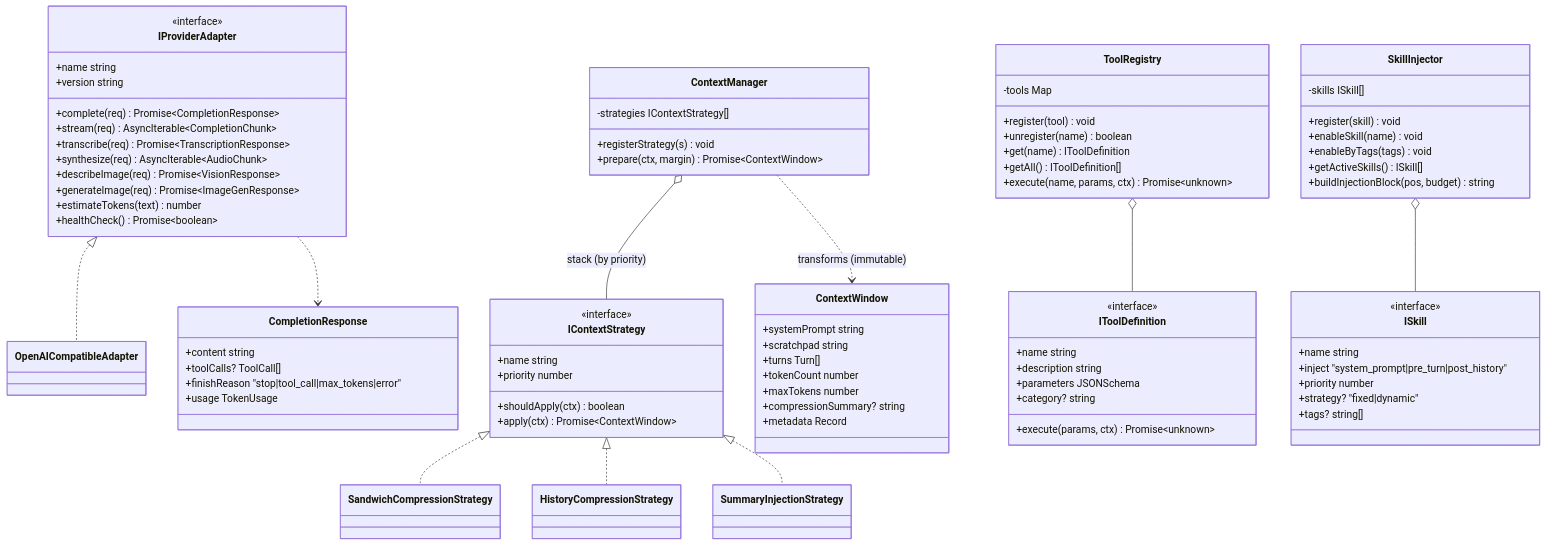
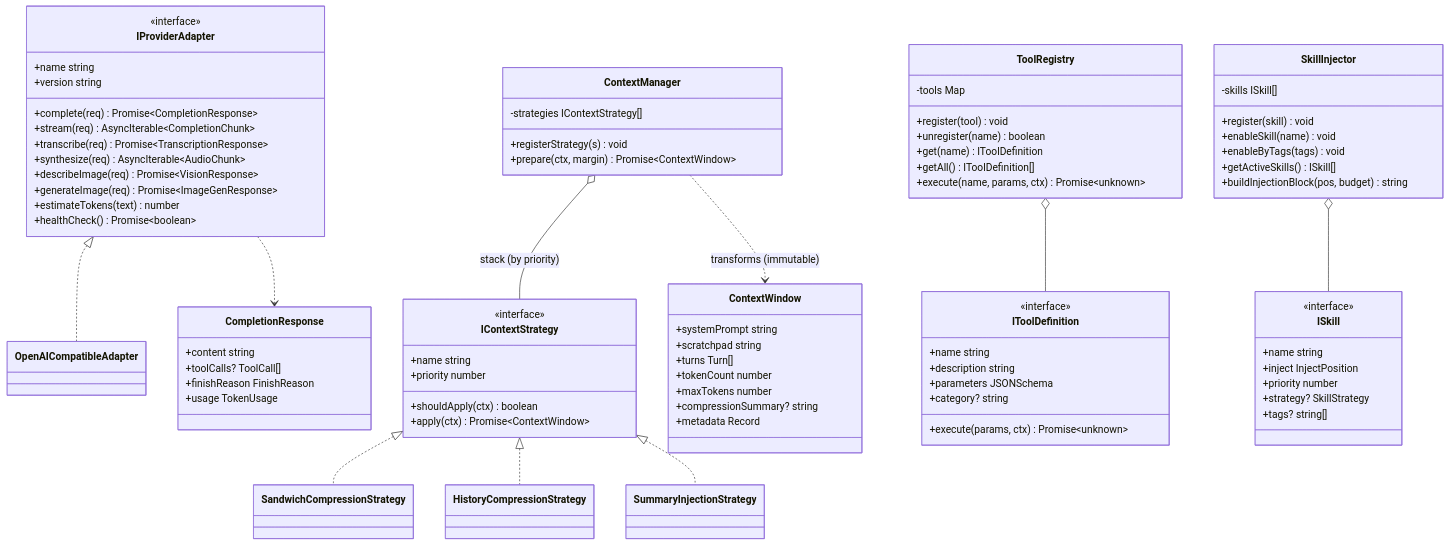
One commit to rzafiamy/lemura changed the second of 3 diagrams in docs/guides/class-diagram.md. Above: the diagram before and after it, drawn with Mermaid. The commit also changed other lines of this file and 1 other file, not shown here.

Commit message:
refactor(docs): update class and use case diagrams for improved clarity and consistency

```diff
--- a/docs/guides/class-diagram.md
+++ b/docs/guides/class-diagram.md
@@ -106,7 +106,7 @@
     class CompletionResponse {
         +content string
         +toolCalls? ToolCall[]
-        +finishReason "stop|tool_call|max_tokens|error"
+        +finishReason FinishReason
         +usage TokenUsage
     }
     IProviderAdapter ..> CompletionResponse
@@ -168,9 +168,9 @@
     class ISkill {
         <<interface>>
         +name string
-        +inject "system_prompt|pre_turn|post_history"
+        +inject InjectPosition
         +priority number
-        +strategy? "fixed|dynamic"
+        +strategy? SkillStrategy
         +tags? string[]
     }
     SkillInjector o-- ISkill
```
